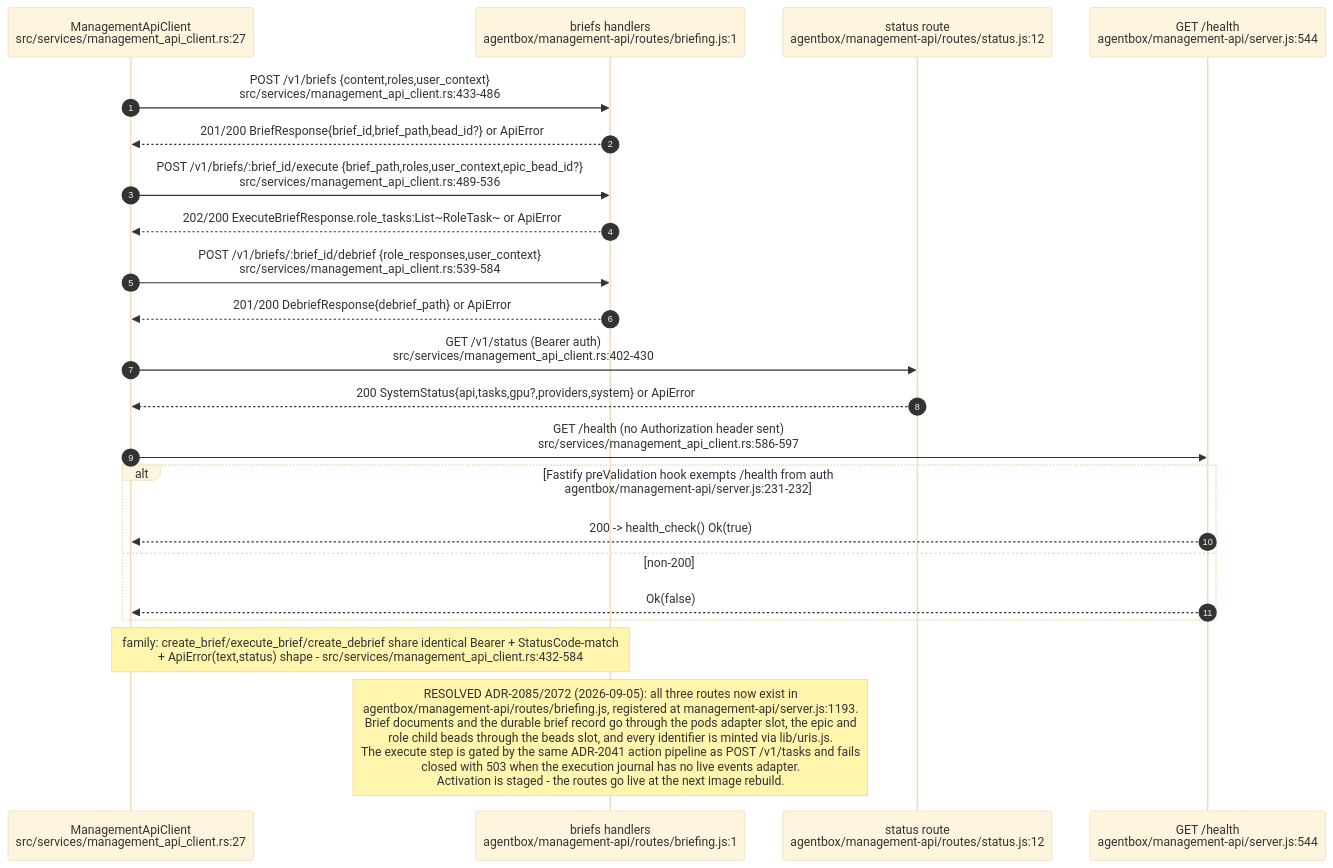
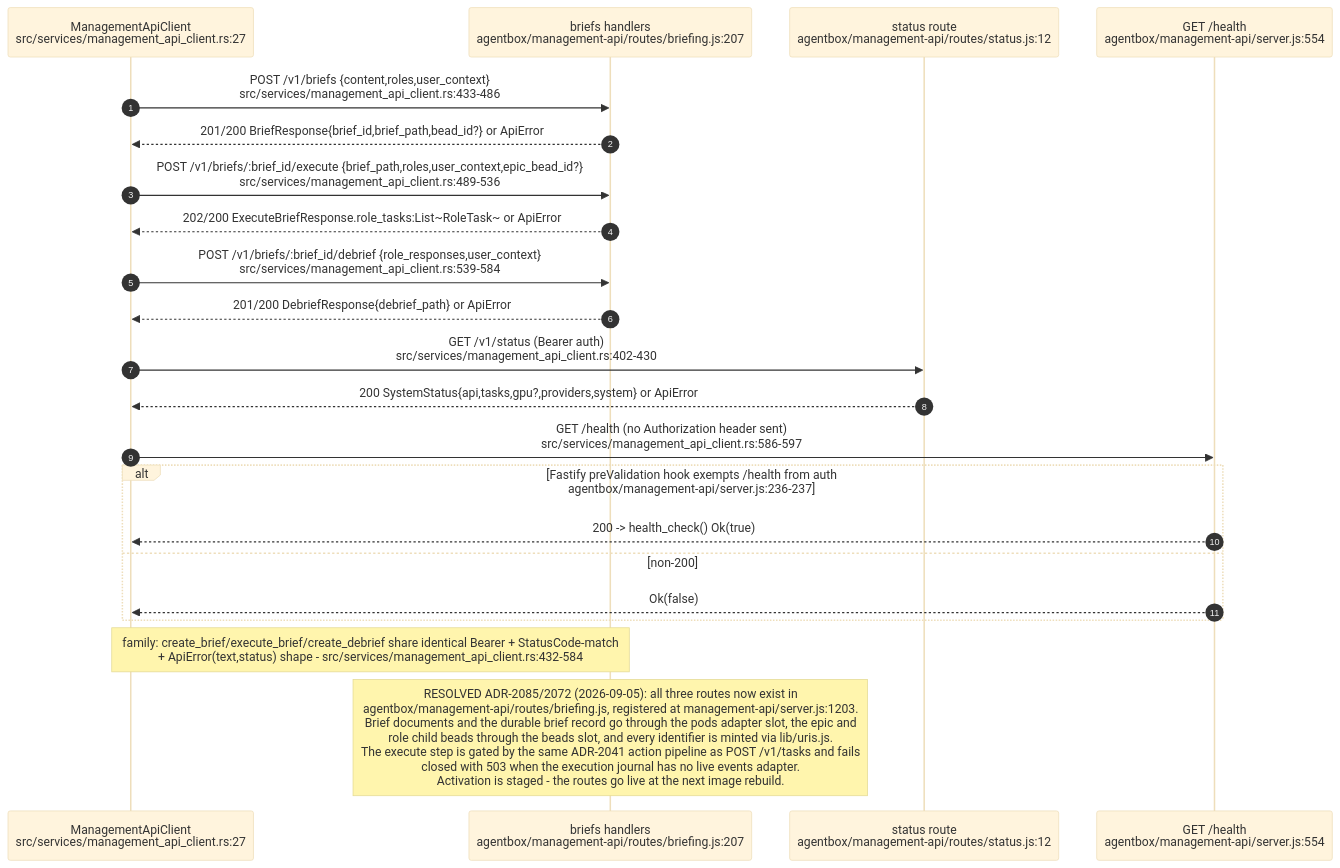
Diagram 11 of 12 in docs/diagrams/estate/02-agent-events-agentbox-to-visionclaw.md (DreamLab-AI/VisionFlow), drawn with Mermaid (base theme) before and after one commit. The commit also changed other lines of this file and 94 other files, not shown here.

First line of the commit message:
docs(diagrams): re-verify 130 topics against 2 October HEADs

````diff
--- a/docs/diagrams/estate/02-agent-events-agentbox-to-visionclaw.md
+++ b/docs/diagrams/estate/02-agent-events-agentbox-to-visionclaw.md
@@ -466,25 +466,25 @@
 ```mermaid
 sequenceDiagram
     autonumber
     participant VC as ManagementApiClient<br/>src/services/management_api_client.rs:27
-    participant BRF as briefs handlers<br/>agentbox/management-api/routes/briefing.js:1
+    participant BRF as briefs handlers<br/>agentbox/management-api/routes/briefing.js:207
     participant STA as status route<br/>agentbox/management-api/routes/status.js:12
-    participant HLT as GET /health<br/>agentbox/management-api/server.js:544
+    participant HLT as GET /health<br/>agentbox/management-api/server.js:554
 
     VC->>BRF: POST /v1/briefs {content,roles,user_context}<br/>src/services/management_api_client.rs:433-486
     BRF-->>VC: 201/200 BriefResponse{brief_id,brief_path,bead_id?} or ApiError
     VC->>BRF: POST /v1/briefs/:brief_id/execute {brief_path,roles,user_context,epic_bead_id?}<br/>src/services/management_api_client.rs:489-536
     BRF-->>VC: 202/200 ExecuteBriefResponse.role_tasks:List~RoleTask~ or ApiError
     VC->>BRF: POST /v1/briefs/:brief_id/debrief {role_responses,user_context}<br/>src/services/management_api_client.rs:539-584
     BRF-->>VC: 201/200 DebriefResponse{debrief_path} or ApiError
     VC->>STA: GET /v1/status (Bearer auth)<br/>src/services/management_api_client.rs:402-430
     STA-->>VC: 200 SystemStatus{api,tasks,gpu?,providers,system} or ApiError
     VC->>HLT: GET /health (no Authorization header sent)<br/>src/services/management_api_client.rs:586-597
-    alt Fastify preValidation hook exempts /health from auth<br/>agentbox/management-api/server.js:231-232
+    alt Fastify preValidation hook exempts /health from auth<br/>agentbox/management-api/server.js:236-237
         HLT-->>VC: 200 -> health_check() Ok(true)
     else non-200
         HLT-->>VC: Ok(false)
     end
     Note over VC,BRF: family: create_brief/execute_brief/create_debrief share identical Bearer + StatusCode-match<br/>+ ApiError(text,status) shape - src/services/management_api_client.rs:432-584
-    Note over BRF: RESOLVED ADR-2085/2072 (2026-09-05): all three routes now exist in<br/>agentbox/management-api/routes/briefing.js, registered at management-api/server.js:1193.<br/>Brief documents and the durable brief record go through the pods adapter slot, the epic and<br/>role child beads through the beads slot, and every identifier is minted via lib/uris.js.<br/>The execute step is gated by the same ADR-2041 action pipeline as POST /v1/tasks and fails<br/>closed with 503 when the execution journal has no live events adapter.<br/>Activation is staged - the routes go live at the next image rebuild.
+    Note over BRF: RESOLVED ADR-2085/2072 (2026-09-05): all three routes now exist in<br/>agentbox/management-api/routes/briefing.js, registered at management-api/server.js:1203.<br/>Brief documents and the durable brief record go through the pods adapter slot, the epic and<br/>role child beads through the beads slot, and every identifier is minted via lib/uris.js.<br/>The execute step is gated by the same ADR-2041 action pipeline as POST /v1/tasks and fails<br/>closed with 503 when the execution journal has no live events adapter.<br/>Activation is staged - the routes go live at the next image rebuild.
 ```
````
